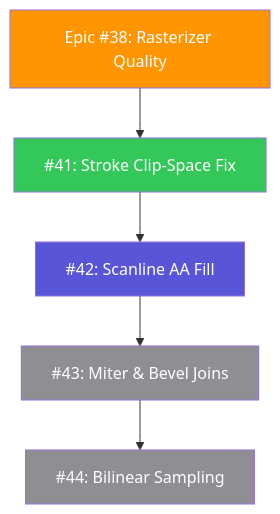
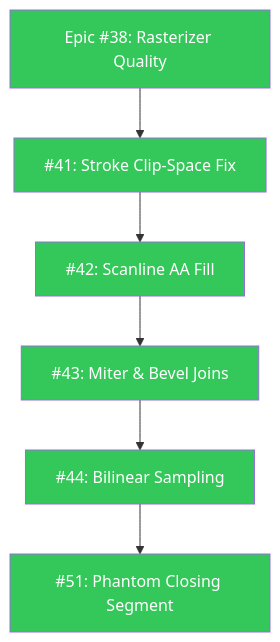
The fifth of 9 diagrams in README.md (SlayerMotion/PureDraw), drawn with Mermaid before and after one commit. The commit also changed other lines of this file and 1 other file, not shown here.

First line of the commit message:
docs: mark rasterizer and PNG epics done in roadmap diagrams

````diff
--- a/README.md
+++ b/README.md
@@ -212,17 +212,18 @@
 ```mermaid
 flowchart TB
     classDef done    fill:#34C759,color:#FFFFFF
     classDef active  fill:#007AFF,color:#FFFFFF
     classDef review  fill:#30B0C7,color:#FFFFFF
     classDef next    fill:#5856D6,color:#FFFFFF
     classDef partial fill:#FF9500,color:#FFFFFF
     classDef todo    fill:#8E8E93,color:#FFFFFF
 
-    Epic38["Epic #38: Rasterizer Quality"]:::partial --> I41["#41: Stroke Clip-Space Fix"]:::done --> I42["#42: Scanline AA Fill"]:::next --> I43["#43: Miter & Bevel Joins"]:::todo --> I44["#44: Bilinear Sampling"]:::todo
+    Epic38["Epic #38: Rasterizer Quality"]:::done --> I41["#41: Stroke Clip-Space Fix"]:::done --> I42["#42: Scanline AA Fill"]:::done --> I43["#43: Miter & Bevel Joins"]:::done --> I44["#44: Bilinear Sampling"]:::done --> I51["#51: Phantom Closing Segment"]:::done
 
     click Epic38 href "https://github.com/mihaelamj/PureDraw/issues/38" "Epic #38"
     click I41 href "https://github.com/mihaelamj/PureDraw/issues/41" "Issue #41"
     click I42 href "https://github.com/mihaelamj/PureDraw/issues/42" "Issue #42"
     click I43 href "https://github.com/mihaelamj/PureDraw/issues/43" "Issue #43"
     click I44 href "https://github.com/mihaelamj/PureDraw/issues/44" "Issue #44"
+    click I51 href "https://github.com/mihaelamj/PureDraw/issues/51" "Issue #51"
 ```
````
